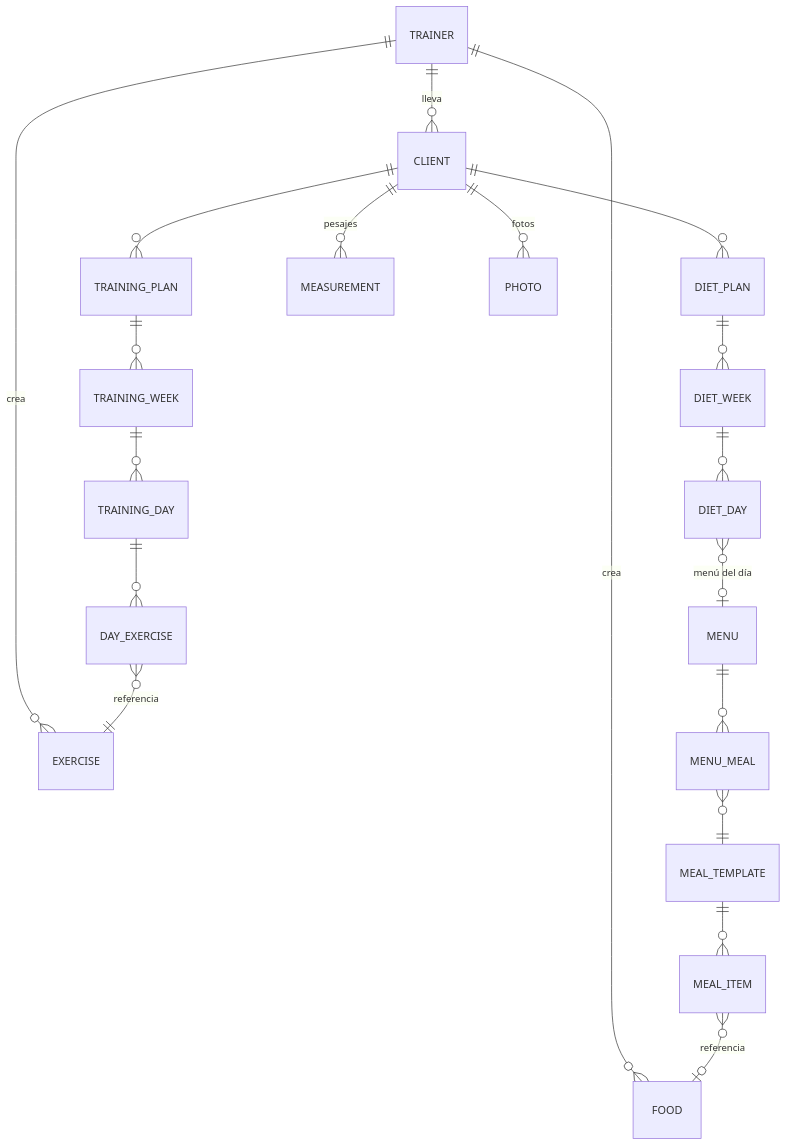
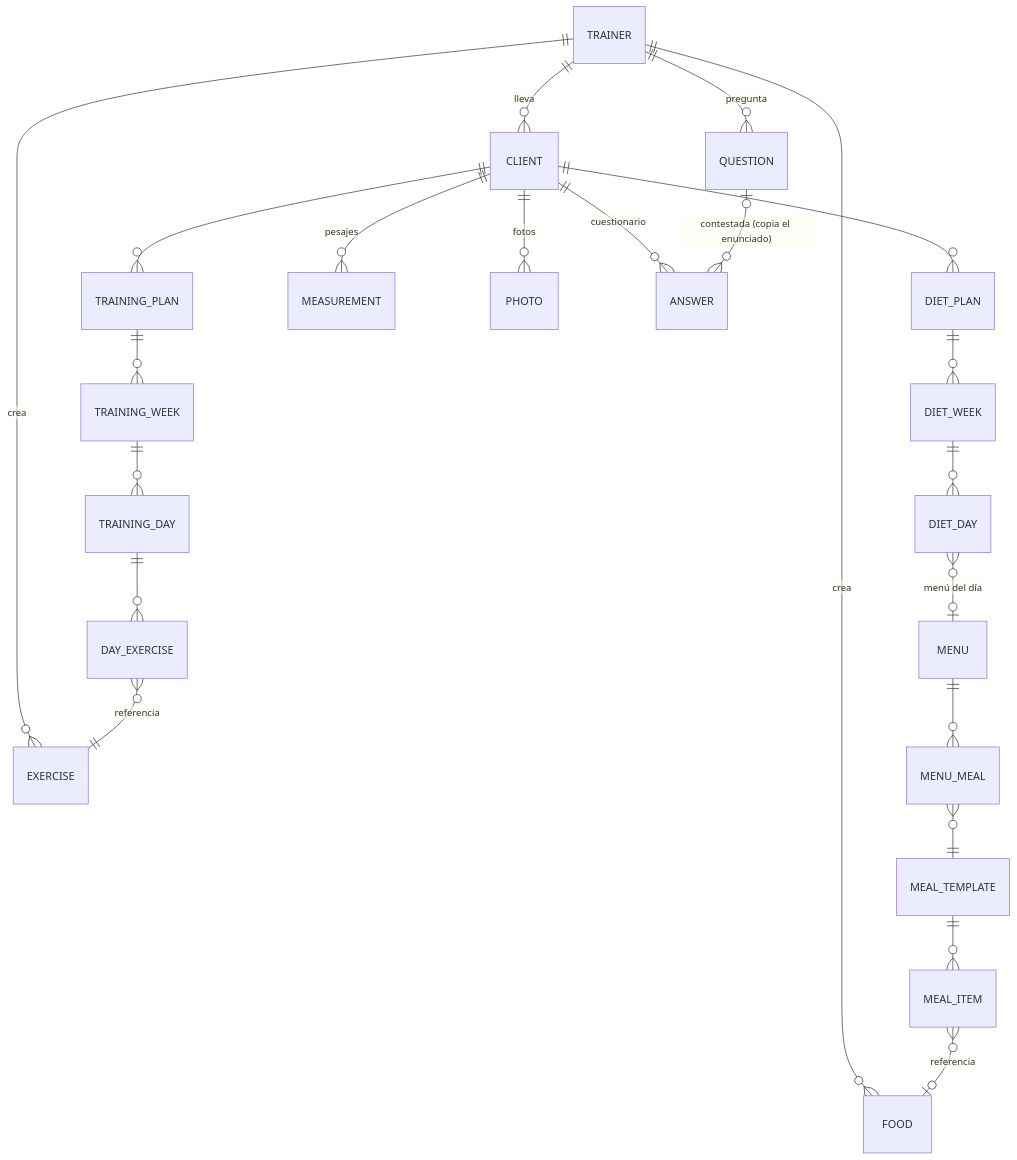
Before and after one commit to Folkenciyo/josema_rb: the second of 2 diagrams in README.md, drawn with Mermaid. The commit also changed other lines of this file and 23 other files, not shown here.

````diff
--- a/README.md
+++ b/README.md
@@ -119,21 +127,24 @@
 ```mermaid
 erDiagram
     TRAINER ||--o{ CLIENT : "lleva"
     TRAINER ||--o{ EXERCISE : "crea"
     TRAINER ||--o{ FOOD : "crea"
     CLIENT ||--o{ TRAINING_PLAN : ""
     CLIENT ||--o{ DIET_PLAN : ""
     CLIENT ||--o{ MEASUREMENT : "pesajes"
     CLIENT ||--o{ PHOTO : "fotos"
+    CLIENT ||--o{ ANSWER : "cuestionario"
+    TRAINER ||--o{ QUESTION : "pregunta"
+    QUESTION |o--o{ ANSWER : "contestada (copia el enunciado)"
     TRAINING_PLAN ||--o{ TRAINING_WEEK : ""
     TRAINING_WEEK ||--o{ TRAINING_DAY : ""
     TRAINING_DAY ||--o{ DAY_EXERCISE : ""
     DAY_EXERCISE }o--|| EXERCISE : "referencia"
     DIET_PLAN ||--o{ DIET_WEEK : ""
     DIET_WEEK ||--o{ DIET_DAY : ""
     DIET_DAY }o--o| MENU : "menú del día"
     MENU ||--o{ MENU_MEAL : ""
     MENU_MEAL }o--|| MEAL_TEMPLATE : ""
     MEAL_TEMPLATE ||--o{ MEAL_ITEM : ""
     MEAL_ITEM }o--o| FOOD : "referencia"
 ```
````
